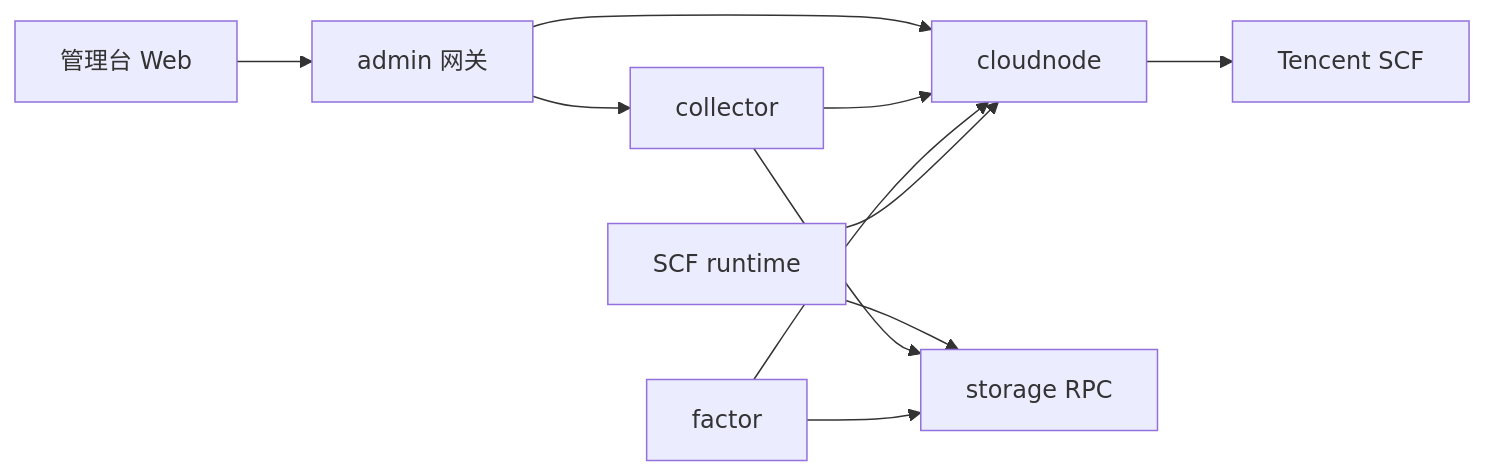
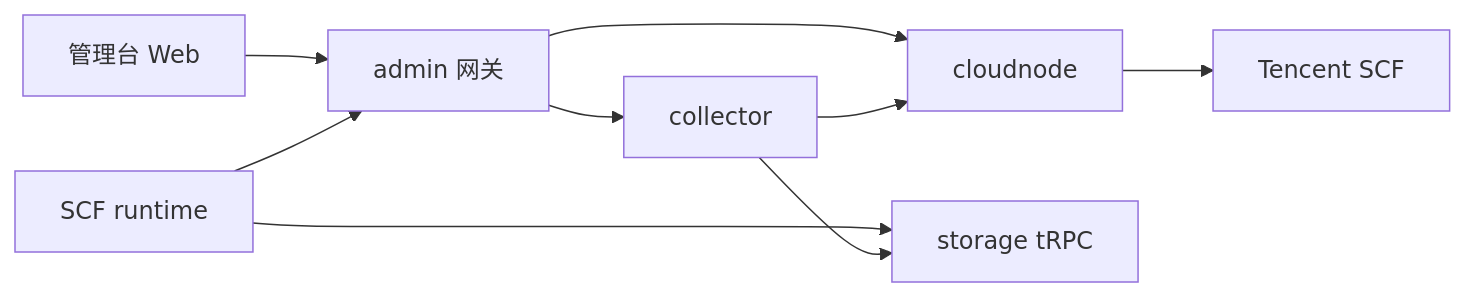
One commit to mooyang-code/moox changed the first of 2 diagrams in docs/云节点执行平台架构.md. Above: the diagram before and after it, drawn with Mermaid. The commit also changed other lines of this file and 56 other files, not shown here.

First line of the commit message:
refactor: align soft delete schema and docs

````diff
--- a/docs/云节点执行平台架构.md
+++ b/docs/云节点执行平台架构.md
@@ -29,13 +27,11 @@
 ```mermaid
 flowchart LR
   Web["管理台 Web"] --> Admin["admin 网关"]
   Admin --> Collector["collector"]
   Admin --> CloudNode["cloudnode"]
   Collector --> CloudNode
-  Factor["factor"] --> CloudNode
   CloudNode --> TencentSCF["Tencent SCF"]
-  SCF["SCF runtime"] --> CloudNode
-  SCF --> Storage["storage RPC"]
+  SCF["SCF runtime"] --> Admin
+  SCF --> Storage["storage tRPC"]
   Collector --> Storage
-  Factor --> Storage
 ```
````
